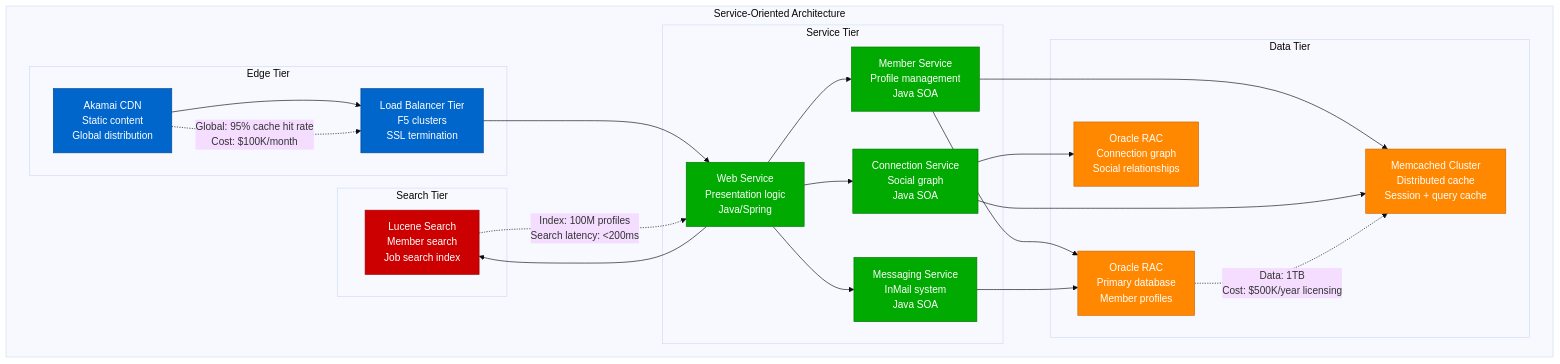
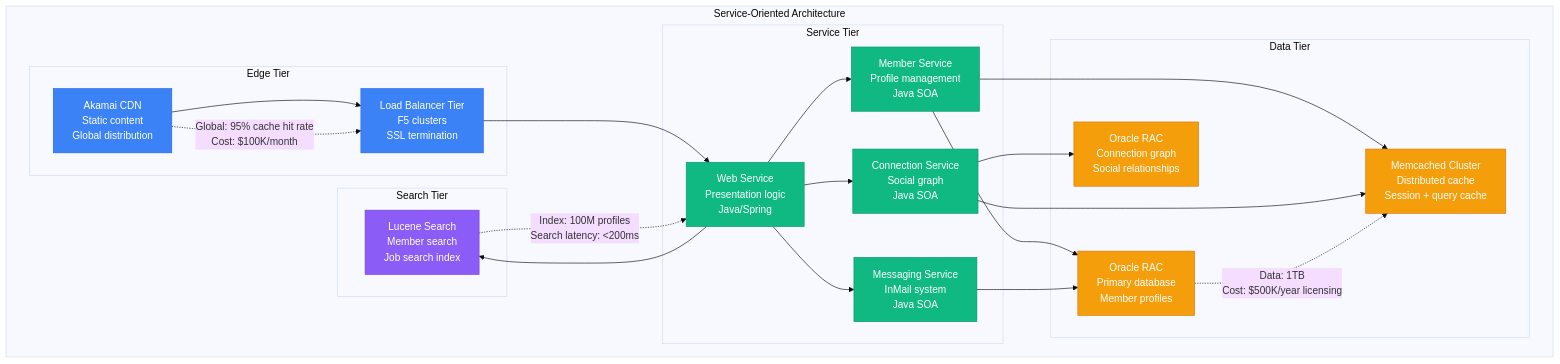
The fourth of 8 diagrams in site/docs/systems/linkedin/scale-evolution.md (deepaucksharma/DS), drawn with Mermaid (base theme) before and after one commit. The commit also changed other lines of this file and 303 other files, not shown here.

````diff
--- a/site/docs/systems/linkedin/scale-evolution.md
+++ b/site/docs/systems/linkedin/scale-evolution.md
@@ -160,57 +160,57 @@
 ```mermaid
 graph TB
     subgraph SOAArchitecture[Service-Oriented Architecture]
         subgraph EdgeTier[Edge Tier]
             CDN[Akamai CDN<br/>Static content<br/>Global distribution]
             LB_TIER[Load Balancer Tier<br/>F5 clusters<br/>SSL termination]
         end
 
         subgraph ServiceTier[Service Tier]
             WEB_SERVICE[Web Service<br/>Presentation logic<br/>Java/Spring]
             MEMBER_SERVICE[Member Service<br/>Profile management<br/>Java SOA]
             CONNECT_SERVICE[Connection Service<br/>Social graph<br/>Java SOA]
             MESSAGING_SERVICE[Messaging Service<br/>InMail system<br/>Java SOA]
         end
 
         subgraph DataTier[Data Tier]
             ORACLE_MAIN[Oracle RAC<br/>Primary database<br/>Member profiles]
             ORACLE_GRAPH[Oracle RAC<br/>Connection graph<br/>Social relationships]
             MEMCACHED_CLUSTER[Memcached Cluster<br/>Distributed cache<br/>Session + query cache]
         end
 
         subgraph SearchTier[Search Tier]
             LUCENE[Lucene Search<br/>Member search<br/>Job search index]
         end
     end
 
     CDN --> LB_TIER
     LB_TIER --> WEB_SERVICE
 
     WEB_SERVICE --> MEMBER_SERVICE
     WEB_SERVICE --> CONNECT_SERVICE
     WEB_SERVICE --> MESSAGING_SERVICE
 
     MEMBER_SERVICE --> ORACLE_MAIN
     CONNECT_SERVICE --> ORACLE_GRAPH
     MESSAGING_SERVICE --> ORACLE_MAIN
 
     MEMBER_SERVICE --> MEMCACHED_CLUSTER
     CONNECT_SERVICE --> MEMCACHED_CLUSTER
 
     WEB_SERVICE --> LUCENE
 
     %% Scale annotations
     CDN -.->|"Global: 95% cache hit rate<br/>Cost: $100K/month"| LB_TIER
     ORACLE_MAIN -.->|"Data: 1TB<br/>Cost: $500K/year licensing"| MEMCACHED_CLUSTER
     LUCENE -.->|"Index: 100M profiles<br/>Search latency: <200ms"| WEB_SERVICE
 
-    classDef edgeStyle fill:#0066CC,stroke:#004499,color:#fff
-    classDef serviceStyle fill:#00AA00,stroke:#007700,color:#fff
-    classDef dataStyle fill:#FF8800,stroke:#CC6600,color:#fff
-    classDef searchStyle fill:#CC0000,stroke:#990000,color:#fff
+    classDef edgeStyle fill:#3B82F6,stroke:#2563EB,color:#fff
+    classDef serviceStyle fill:#10B981,stroke:#059669,color:#fff
+    classDef dataStyle fill:#F59E0B,stroke:#D97706,color:#fff
+    classDef searchStyle fill:#8B5CF6,stroke:#7C3AED,color:#fff
 
     class CDN,LB_TIER edgeStyle
     class WEB_SERVICE,MEMBER_SERVICE,CONNECT_SERVICE,MESSAGING_SERVICE serviceStyle
     class ORACLE_MAIN,ORACLE_GRAPH,MEMCACHED_CLUSTER dataStyle
     class LUCENE searchStyle
 ```
````
